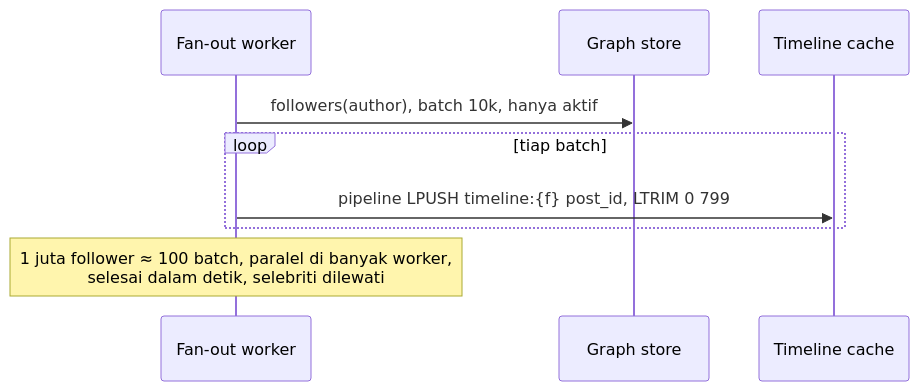
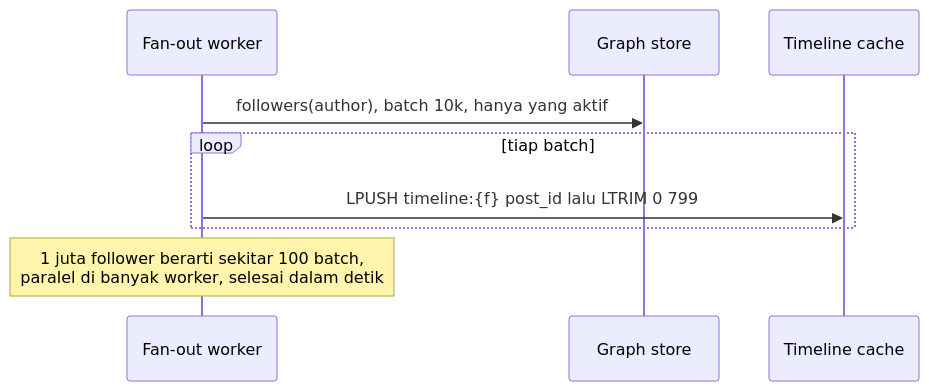
The second of 2 diagrams in src/content/lessons/bagian-3/newsfeed.mdx (andreanpradanaa/sysdesign-lab), drawn with Mermaid before and after one commit. The commit also changed other lines of this file and 17 other files, not shown here.

````diff
--- a/src/content/lessons/bagian-3/newsfeed.mdx
+++ b/src/content/lessons/bagian-3/newsfeed.mdx
@@ -172,11 +185,11 @@
 ```mermaid
 sequenceDiagram
   participant W as Fan-out worker
   participant G as Graph store
   participant R as Timeline cache
-  W->>G: followers(author), batch 10k, hanya aktif
+  W->>G: followers(author), batch 10k, hanya yang aktif
   loop tiap batch
-    W->>R: pipeline LPUSH timeline:{f} post_id, LTRIM 0 799
+    W->>R: LPUSH timeline:{f} post_id lalu LTRIM 0 799
   end
-  Note over W: 1 juta follower ≈ 100 batch, paralel di banyak worker,<br/>selesai dalam detik, selebriti dilewati
+  Note over W: 1 juta follower berarti sekitar 100 batch,<br/>paralel di banyak worker, selesai dalam detik
 ```
````
